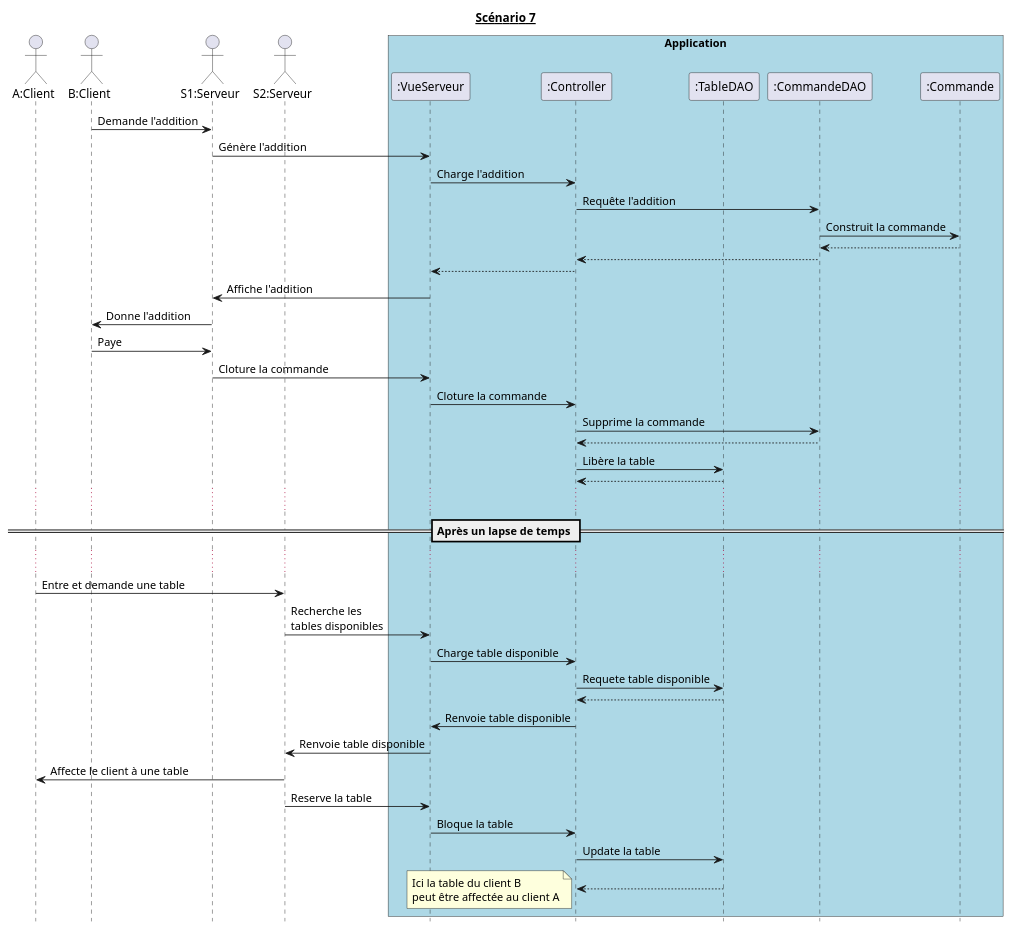
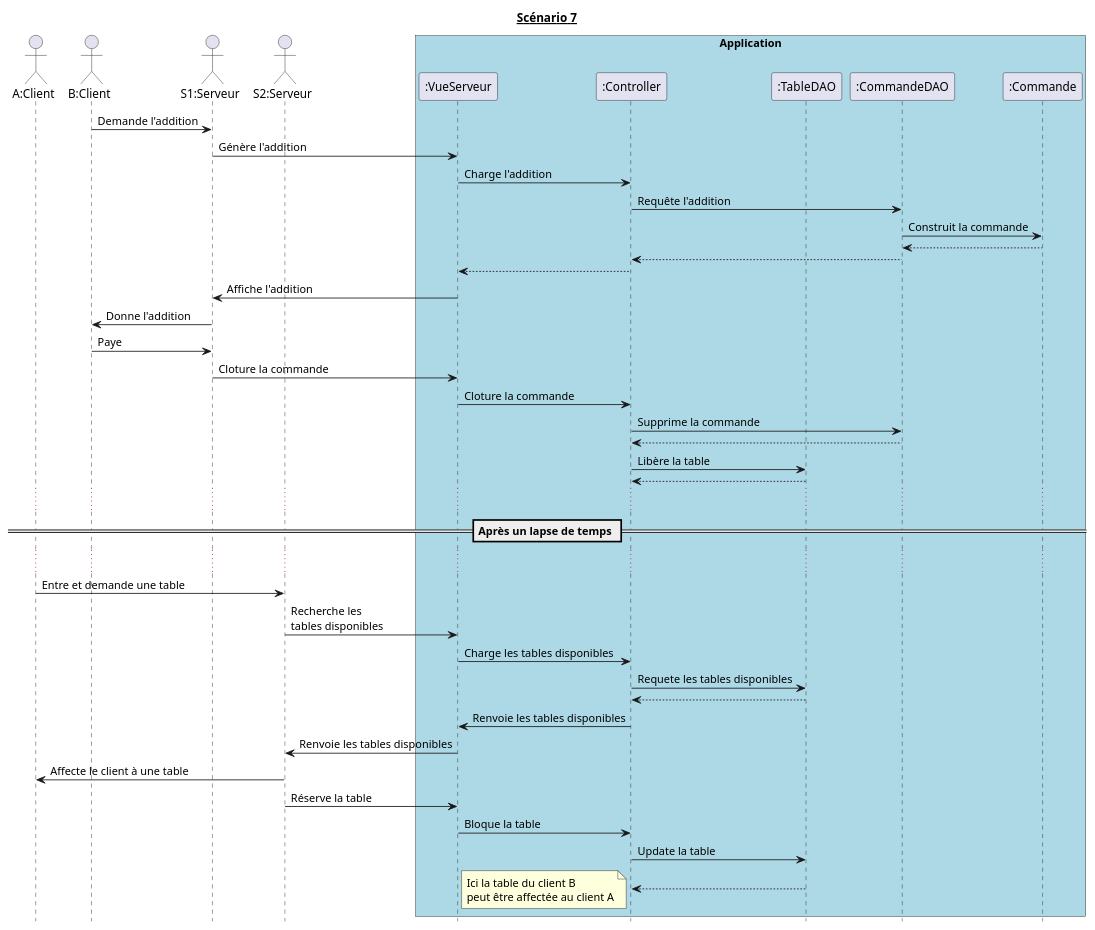
Before and after one commit to hulskenA/GL-Les_seigneurs_du_resto: the diagram in diagrammes_sequences_detailles/dss7.md, drawn with PlantUML.

````diff
--- a/diagrammes_sequences_detailles/dss7.md
+++ b/diagrammes_sequences_detailles/dss7.md
@@ -1,58 +1,58 @@
 ```puml
 @startuml
 hide footbox
 title __Scénario 7__
 
 actor "A:Client" as ClientA order 10
 actor "B:Client" as ClientB order 20
 
 actor "S1:Serveur" as Serveur1 order 30
 actor "S2:Serveur" as Serveur2 order 40
 
 box "Application" #Lightblue
     participant ":VueServeur" as VueServeur order 50
     participant ":Controller" as Controller order 60
     participant ":TableDAO" as TableDAO order 70
     participant ":CommandeDAO" as CommandeDAO order 80
     participant ":Commande" as Commande order 90
 endbox
 
 ClientB -> Serveur1 : Demande l'addition
 Serveur1 -> VueServeur : Génère l'addition
 VueServeur -> Controller : Charge l'addition
 Controller -> CommandeDAO : Requête l'addition
 CommandeDAO -> Commande : Construit la commande
 CommandeDAO <-- Commande
 Controller <-- CommandeDAO
 VueServeur <-- Controller
 Serveur1 <- VueServeur : Affiche l'addition
 ClientB <- Serveur1 : Donne l'addition
 ClientB -> Serveur1 : Paye
 Serveur1 -> VueServeur : Cloture la commande
 VueServeur -> Controller : Cloture la commande
 Controller -> CommandeDAO : Supprime la commande
 Controller <-- CommandeDAO
 Controller -> TableDAO : Libère la table
 Controller <-- TableDAO
 
 ...
 == Après un lapse de temps ==
 ...
 
 ClientA -> Serveur2 : Entre et demande une table
 Serveur2 -> VueServeur : Recherche les\ntables disponibles
-VueServeur -> Controller : Charge table disponible
-Controller -> TableDAO : Requete table disponible
+VueServeur -> Controller : Charge les tables disponibles
+Controller -> TableDAO : Requete les tables disponibles
 Controller <-- TableDAO
-VueServeur <- Controller : Renvoie table disponible
-Serveur2 <- VueServeur : Renvoie table disponible
+VueServeur <- Controller : Renvoie les tables disponibles
+Serveur2 <- VueServeur : Renvoie les tables disponibles
 Serveur2 -> ClientA : Affecte le client à une table
 
-Serveur2 -> VueServeur : Reserve la table
+Serveur2 -> VueServeur : Réserve la table
 VueServeur -> Controller : Bloque la table
 Controller -> TableDAO : Update la table
 Controller <-- TableDAO
 note left : Ici la table du client B\npeut être affectée au client A
 
 @enduml
 ```
````
